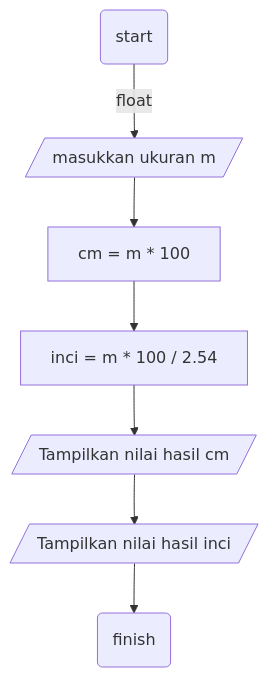
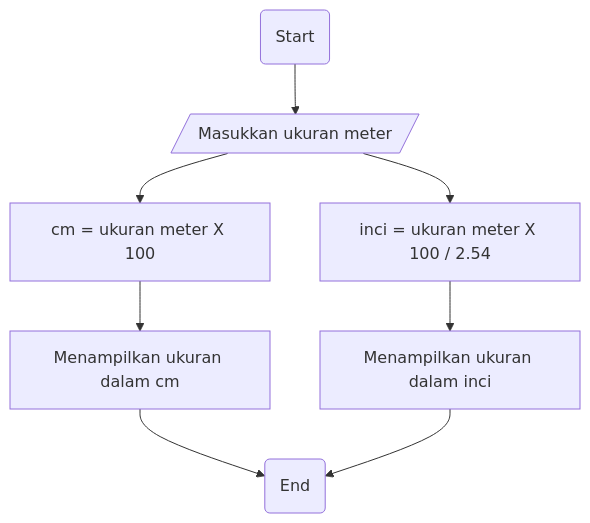
One commit to saino36/DAA changed the diagram in Week4/latihan2.md. Above: the diagram before and after it, drawn with Mermaid.

````diff
--- a/Week4/latihan2.md
+++ b/Week4/latihan2.md
@@ -1,9 +1,9 @@
 ```mermaid
     flowchart TD;
-    A(start) --float--> B[/masukkan ukuran m/];
-    B --> C[cm = m * 100];
-    C --> D[inci = m * 100 / 2.54];
-    D --> E[/Tampilkan nilai hasil cm/];
-    E --> F[/Tampilkan nilai hasil inci/];
-    F --> G(finish);
+    A(Start) --> B[/Masukkan ukuran meter/];
+    B --> C[cm = ukuran meter X 100];
+    B --> D[inci = ukuran meter X 100 / 2.54];
+    C --> E[Menampilkan ukuran dalam cm];
+    D --> F[Menampilkan ukuran dalam inci];
+    E & F --> G(End);
 ```
````
